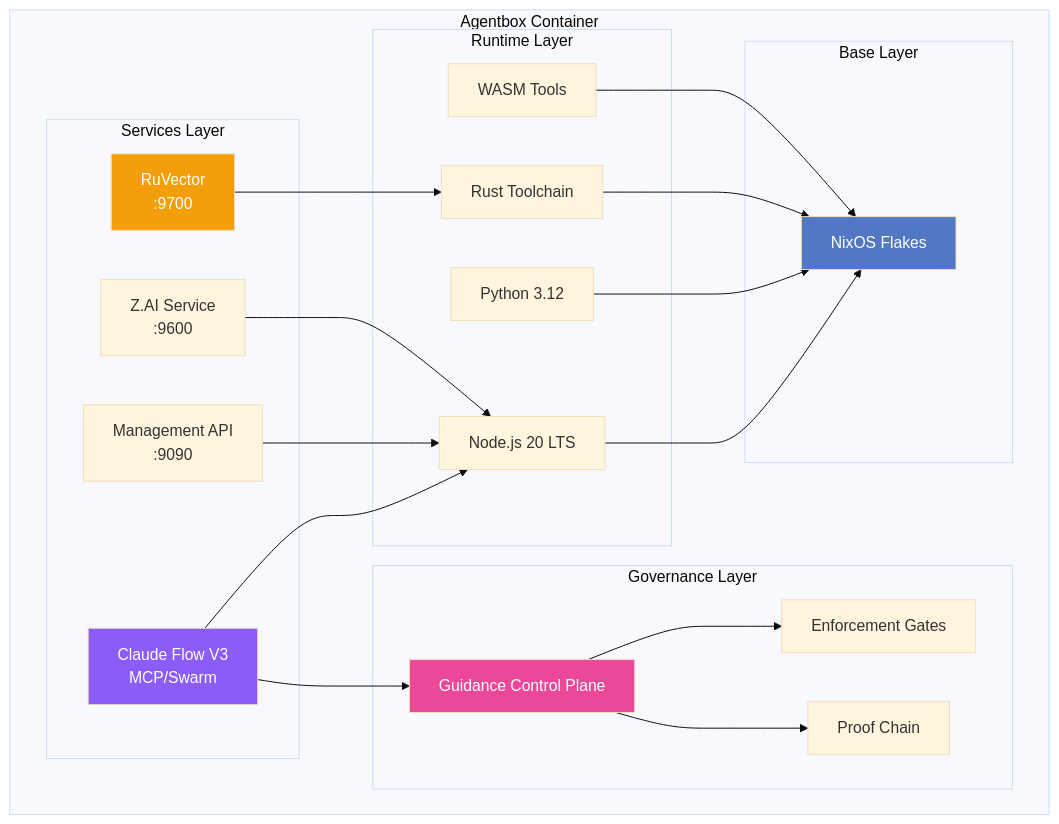
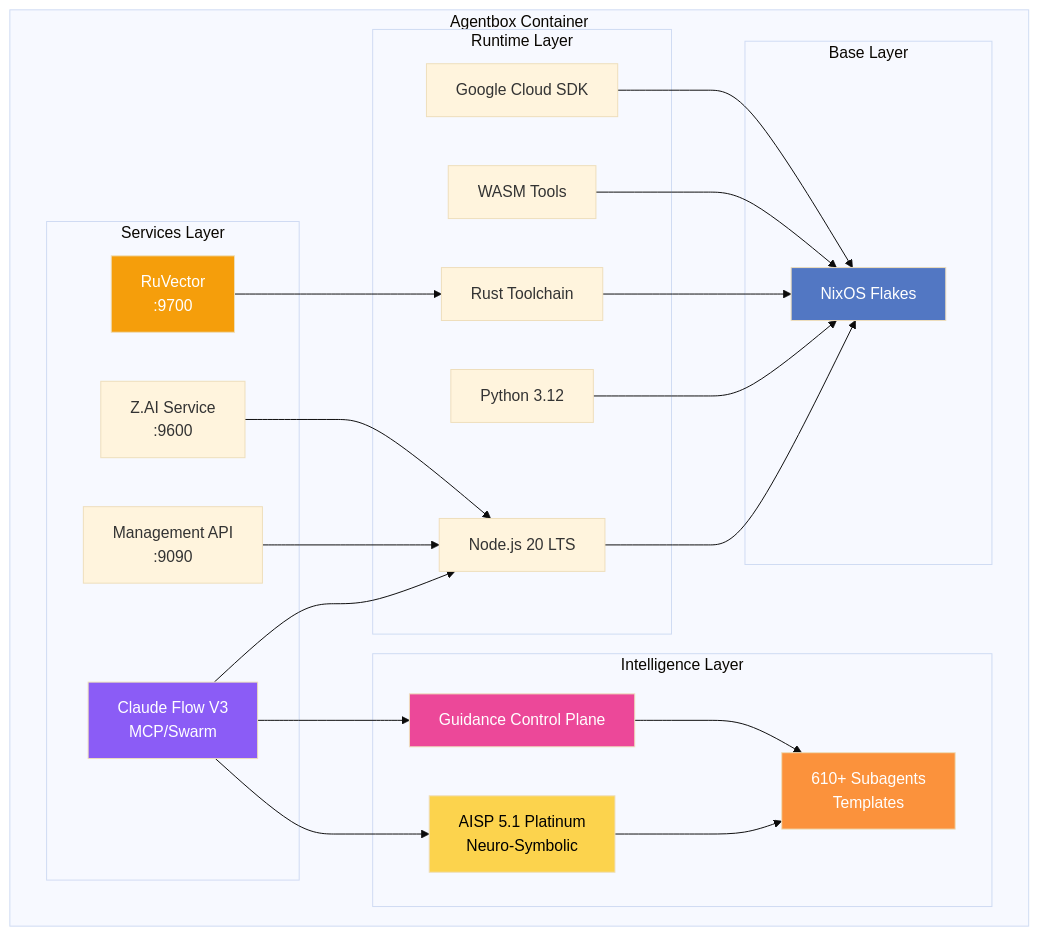
One commit to DreamLab-AI/agentbox changed the second of 9 diagrams in README.md. Above: the diagram before and after it, drawn with Mermaid (base theme). The commit also changed other lines of this file and 53 other files, not shown here.

````diff
--- a/README.md
+++ b/README.md
@@ -38,47 +53,52 @@
 ```mermaid
 graph TB
     subgraph "Agentbox Container"
         subgraph "Services Layer"
             CF[Claude Flow V3<br/>MCP/Swarm]
             MA[Management API<br/>:9090]
             ZAI[Z.AI Service<br/>:9600]
             RV[RuVector<br/>:9700]
         end
 
         subgraph "Runtime Layer"
             NODE[Node.js 20 LTS]
             PY[Python 3.12]
             RUST[Rust Toolchain]
             WASM[WASM Tools]
+            GCLOUD[Google Cloud SDK]
         end
 
-        subgraph "Governance Layer"
+        subgraph "Intelligence Layer"
+            AISP[AISP 5.1 Platinum<br/>Neuro-Symbolic]
+            AGENTS[610+ Subagents<br/>Templates]
             GCP[Guidance Control Plane]
-            GATES[Enforcement Gates]
-            PROOF[Proof Chain]
         end
 
         subgraph "Base Layer"
             NIX[NixOS Flakes]
         end
     end
 
     CF --> NODE
     MA --> NODE
     ZAI --> NODE
     RV --> RUST
 
     CF --> GCP
-    GCP --> GATES
-    GCP --> PROOF
+    CF --> AISP
+    AISP --> AGENTS
+    GCP --> AGENTS
 
     NODE --> NIX
     PY --> NIX
     RUST --> NIX
     WASM --> NIX
+    GCLOUD --> NIX
 
     style CF fill:#8b5cf6,color:#fff
     style RV fill:#f59e0b,color:#fff
     style GCP fill:#ec4899,color:#fff
+    style AISP fill:#fcd34d,color:#000
+    style AGENTS fill:#fb923c,color:#fff
     style NIX fill:#5277c3,color:#fff
 ```
````
